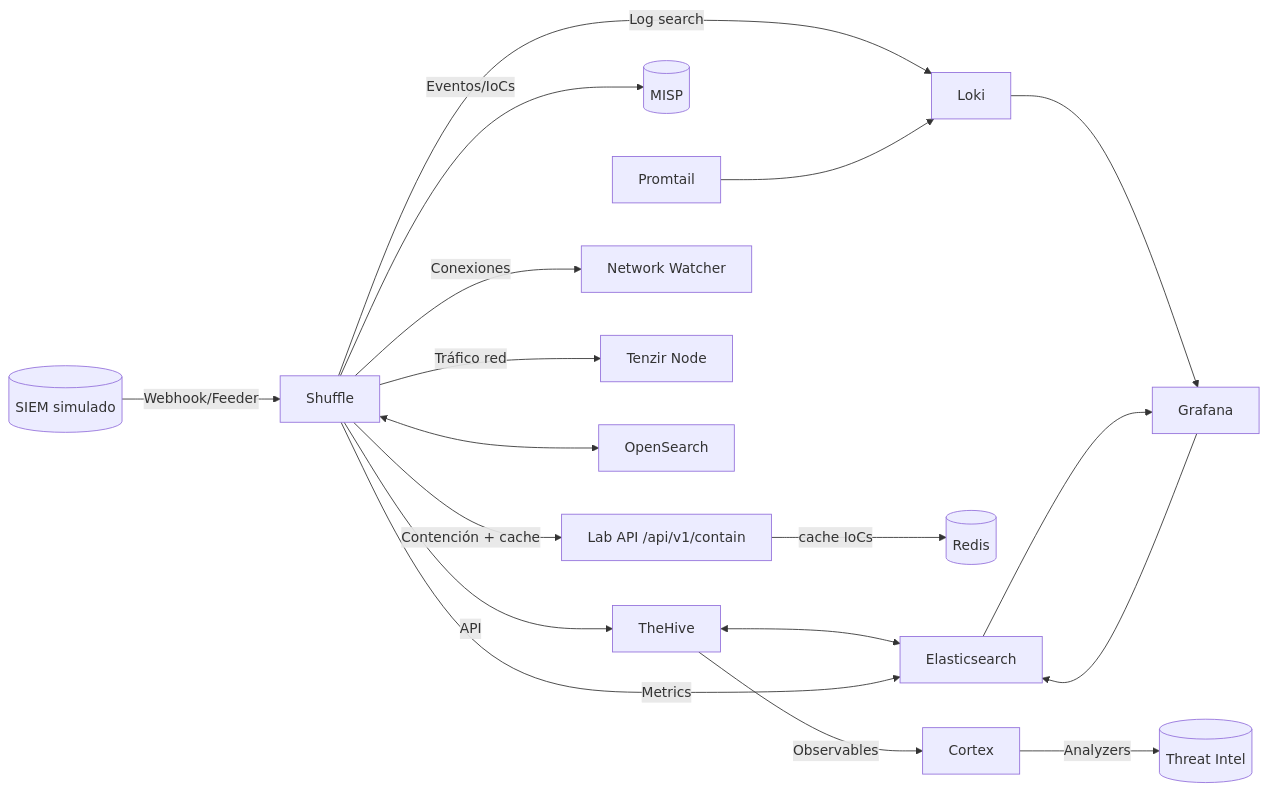
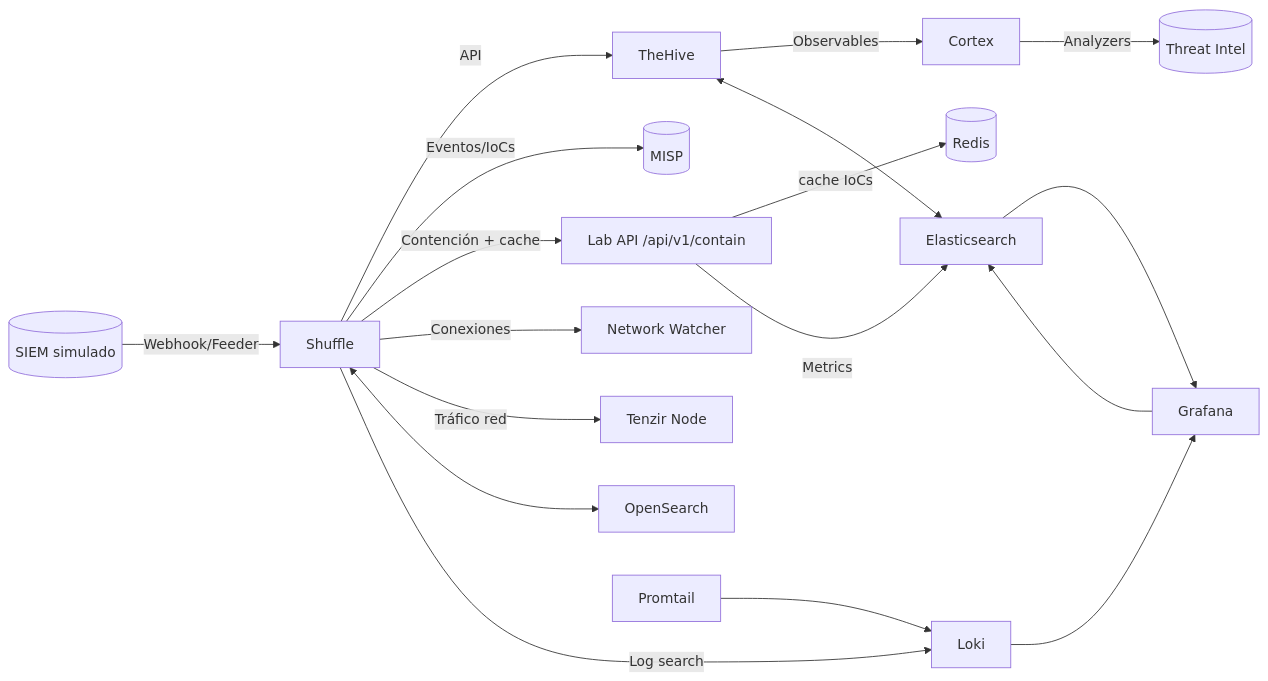
One commit to alesanfe/soar-ransomware-lab changed the first of 12 diagrams in docs/thesis/appendix_f.md. Above: the diagram before and after it, drawn with Mermaid. The commit also changed other lines of this file, not shown here.

````diff
--- a/docs/thesis/appendix_f.md
+++ b/docs/thesis/appendix_f.md
@@ -22,20 +22,20 @@
 ```mermaid
 flowchart LR
   SIEM[(SIEM simulado)] -- Webhook/Feeder --> Shuffle
   Shuffle -- API --> TheHive
   TheHive -- Observables --> Cortex
   Cortex -- Analyzers --> TI[(Threat Intel)]
   Shuffle -- Eventos/IoCs --> MISP[(MISP)]
   Shuffle -- Contención + cache --> API[Lab API /api/v1/contain]
   API -- cache IoCs --> Redis[(Redis)]
   Shuffle -- Conexiones --> NW[Network Watcher]
   Shuffle -- Tráfico red --> Tenzir[Tenzir Node]
   TheHive <--> Elasticsearch
   Shuffle <--> OpenSearch[OpenSearch]
-  Shuffle -- Metrics --> Elasticsearch
+  API -- Metrics --> Elasticsearch
   Shuffle -- Log search --> Loki[Loki]
   Promtail[Promtail] --> Loki
   Loki --> Grafana[Grafana]
   Elasticsearch --> Grafana
   Grafana --> Elasticsearch
 ```
````
